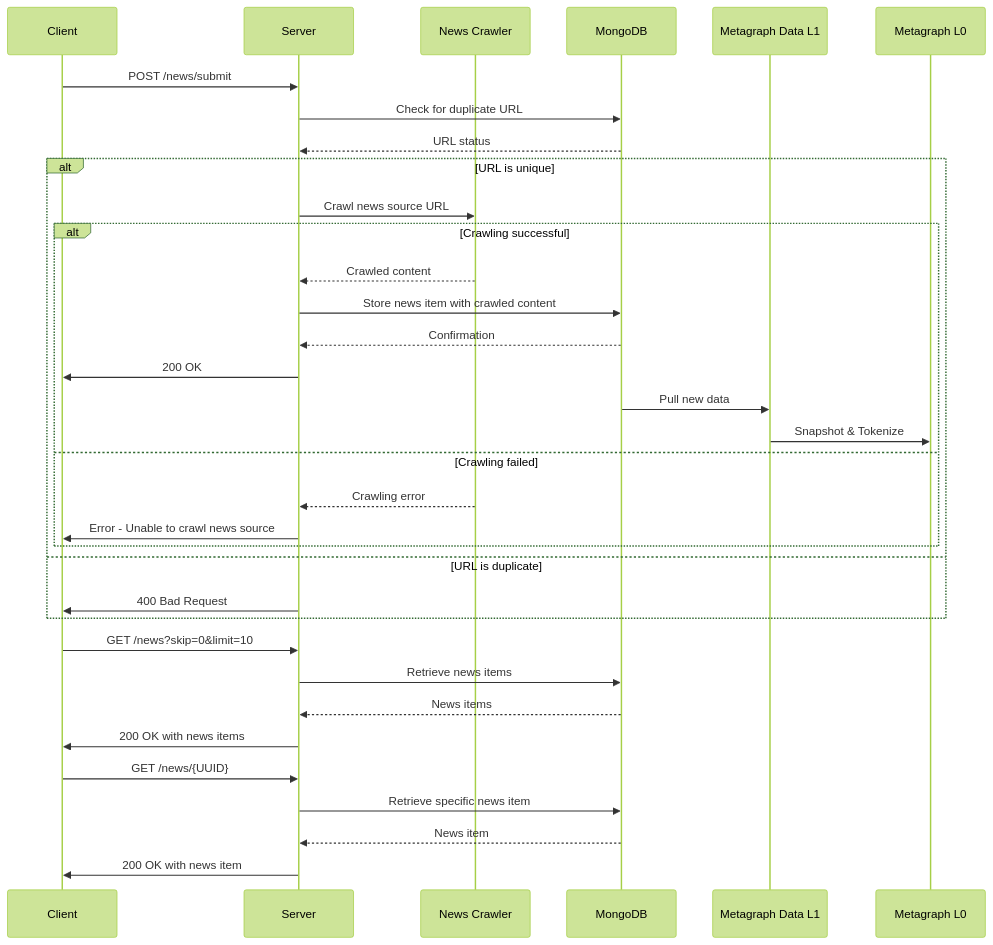
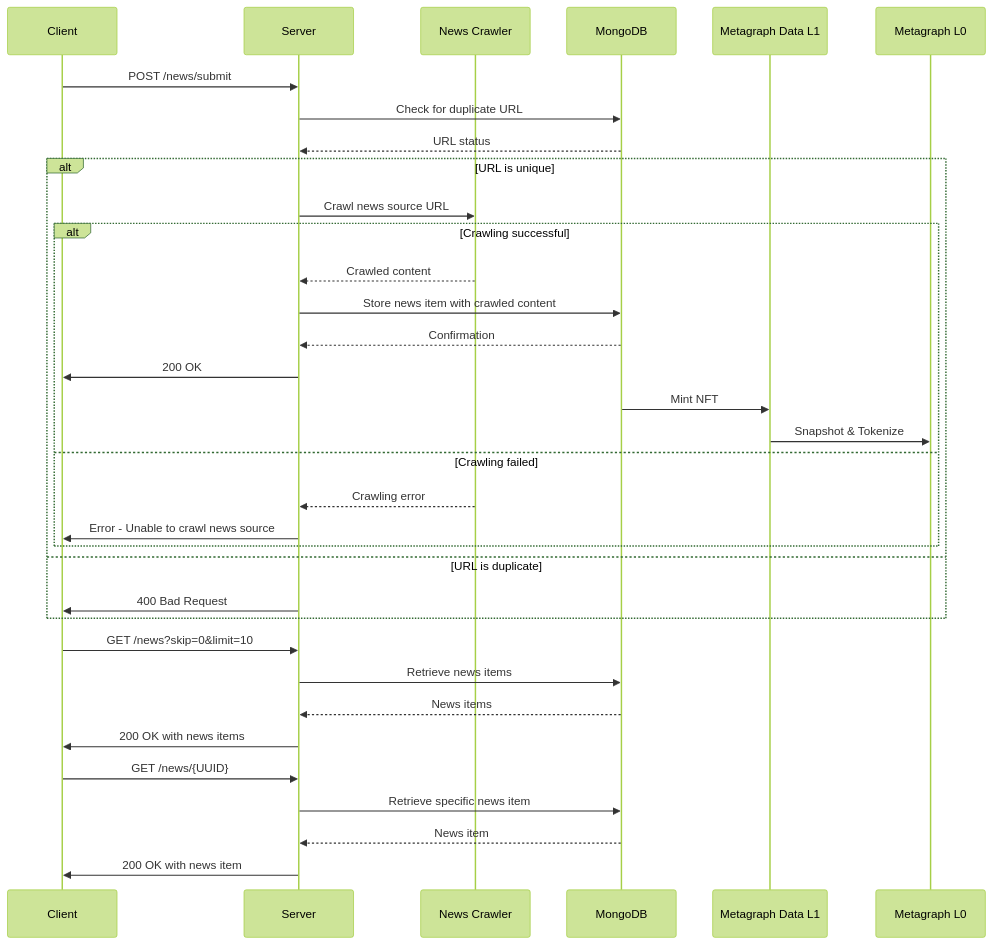
The second of 2 diagrams in ARCHITECTURE.md (jedi-ops/immutable-news-dag-poc), drawn with Mermaid (forest theme) before and after one commit. The commit also changed other lines of this file, not shown here.

Commit message:
design: optimize dataflow off stargazer + mint NFT

````diff
--- a/ARCHITECTURE.md
+++ b/ARCHITECTURE.md
@@ -15,39 +19,39 @@
 ```mermaid
 sequenceDiagram
     participant C as Client
     participant S as Server
     participant NC as News Crawler
     participant M as MongoDB
     participant CMD1 as Metagraph Data L1
     participant CMD0 as Metagraph L0
 
     C->>S: POST /news/submit
     S->>M: Check for duplicate URL
     M-->>S: URL status
     alt URL is unique
         S->>NC: Crawl news source URL
         alt Crawling successful
             NC-->>S: Crawled content
             S->>M: Store news item with crawled content
             M-->>S: Confirmation
             S->>C: 200 OK
-            M->>CMD1: Pull new data
+            M->>CMD1: Mint NFT
             CMD1->>CMD0: Snapshot & Tokenize
         else Crawling failed
             NC-->>S: Crawling error
             S->>C: Error - Unable to crawl news source
         end
     else URL is duplicate
         S->>C: 400 Bad Request
     end
 
     C->>S: GET /news?skip=0&limit=10
     S->>M: Retrieve news items
     M-->>S: News items
     S->>C: 200 OK with news items
 
     C->>S: GET /news/{UUID}
     S->>M: Retrieve specific news item
     M-->>S: News item
     S->>C: 200 OK with news item
 ```
````
